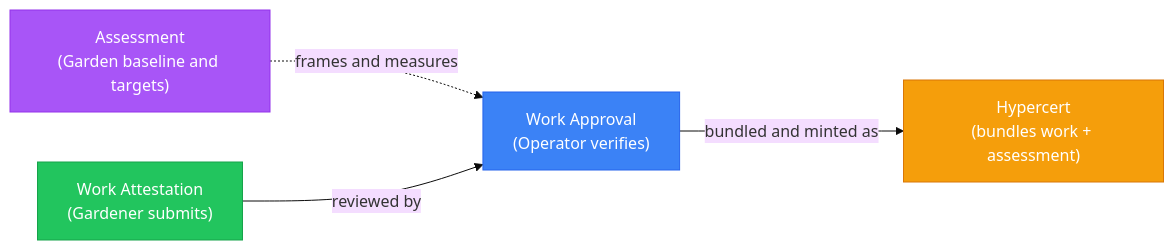
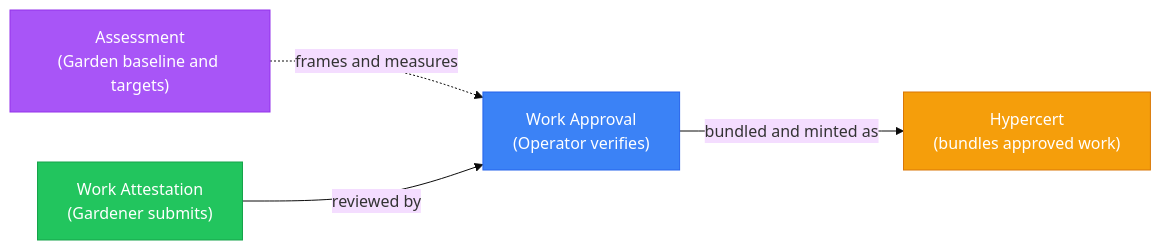
Before and after one commit to greenpill-dev-guild/green-goods: the second of 2 diagrams in docs/docs/community/how-it-works.mdx, drawn with Mermaid (base theme). The commit also changed 3 other files, not shown here.

First line of the commit message:
docs: correct hypercert bundle scope — work only, not assessment (PR review)

````diff
--- a/docs/docs/community/how-it-works.mdx
+++ b/docs/docs/community/how-it-works.mdx
@@ -154,11 +154,11 @@
 ```mermaid
 graph LR
     A["Assessment<br/>(Garden baseline and targets)"] -.->|frames and measures| WA
     W["Work Attestation<br/>(Gardener submits)"] -->|reviewed by| WA["Work Approval<br/>(Operator verifies)"]
-    WA -->|bundled and minted as| H["Hypercert<br/>(bundles work + assessment)"]
+    WA -->|bundled and minted as| H["Hypercert<br/>(bundles approved work)"]
 
     style A fill:#a855f7,stroke:#9333ea,color:#fff
     style W fill:#22c55e,stroke:#16a34a,color:#fff
     style WA fill:#3b82f6,stroke:#2563eb,color:#fff
     style H fill:#f59e0b,stroke:#d97706,color:#fff
 ```
````
